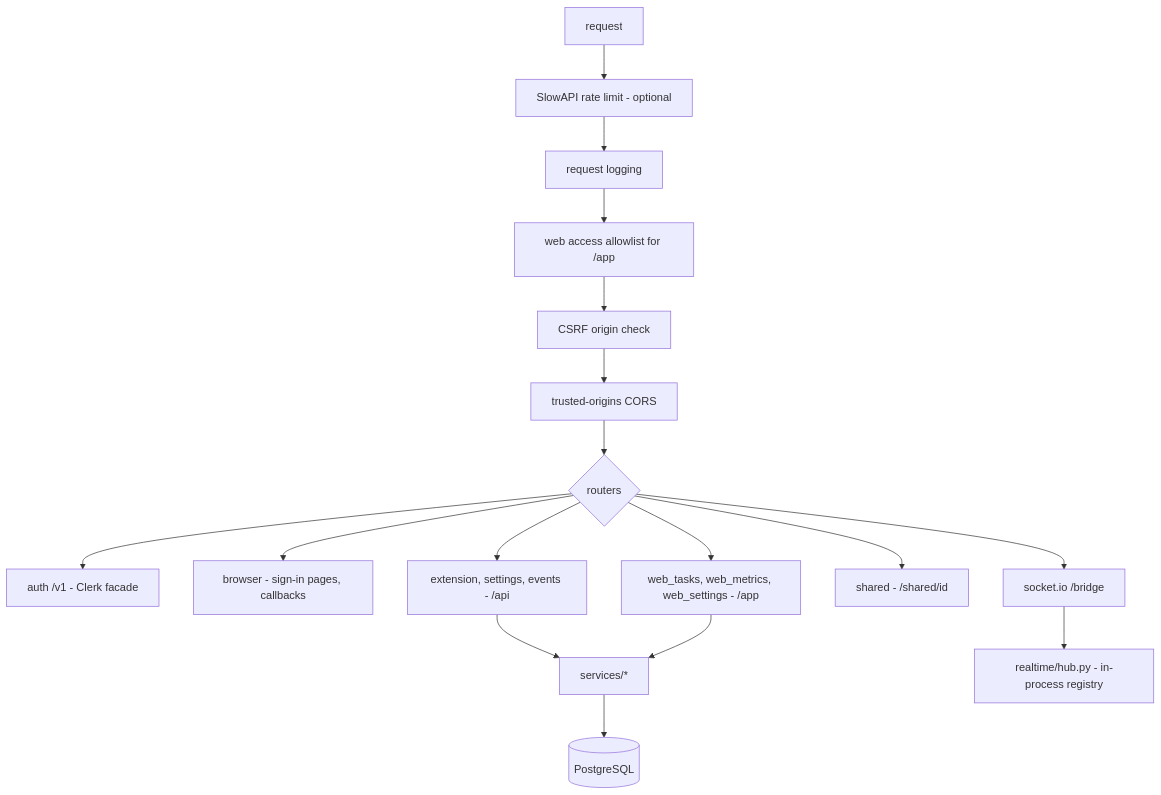
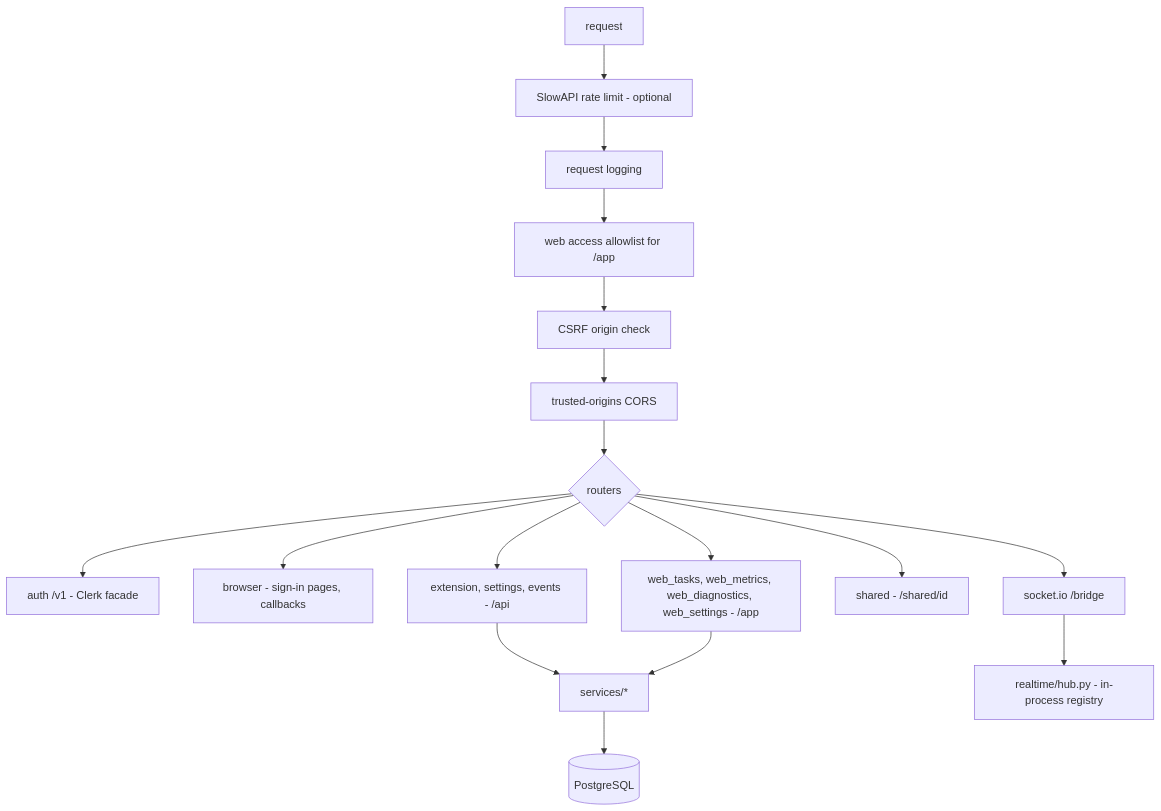
The third of 4 diagrams in docs/08-cloud.md (krzychdre/Tumble-Code), drawn with Mermaid before and after one commit. The commit also changed 18 other files, not shown here.

````diff
--- a/docs/08-cloud.md
+++ b/docs/08-cloud.md
@@ -77,19 +77,19 @@
 ```mermaid
 graph TD
   REQ[request] --> RL[SlowAPI rate limit - optional]
   RL --> LOG[request logging]
   LOG --> WEBACL[web access allowlist for /app]
   WEBACL --> CSRF[CSRF origin check]
   CSRF --> CORS[trusted-origins CORS]
   CORS --> ROUTES{routers}
   ROUTES --> R1[auth /v1 - Clerk facade]
   ROUTES --> R2[browser - sign-in pages, callbacks]
   ROUTES --> R3[extension, settings, events - /api]
-  ROUTES --> R4[web_tasks, web_metrics, web_settings - /app]
+  ROUTES --> R4[web_tasks, web_metrics, web_diagnostics, web_settings - /app]
   ROUTES --> R5[shared - /shared/id]
   ROUTES --> SIO[socket.io /bridge]
   R3 --> SVC[services/*]
   R4 --> SVC
   SIO --> HUB[realtime/hub.py - in-process registry]
   SVC --> DB[(PostgreSQL)]
 ```
````
